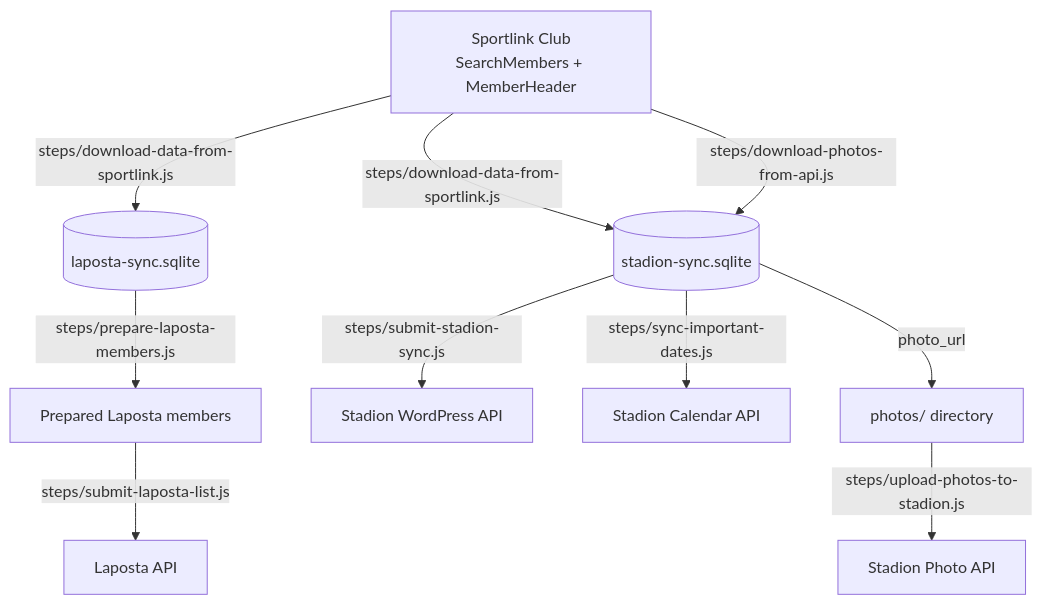
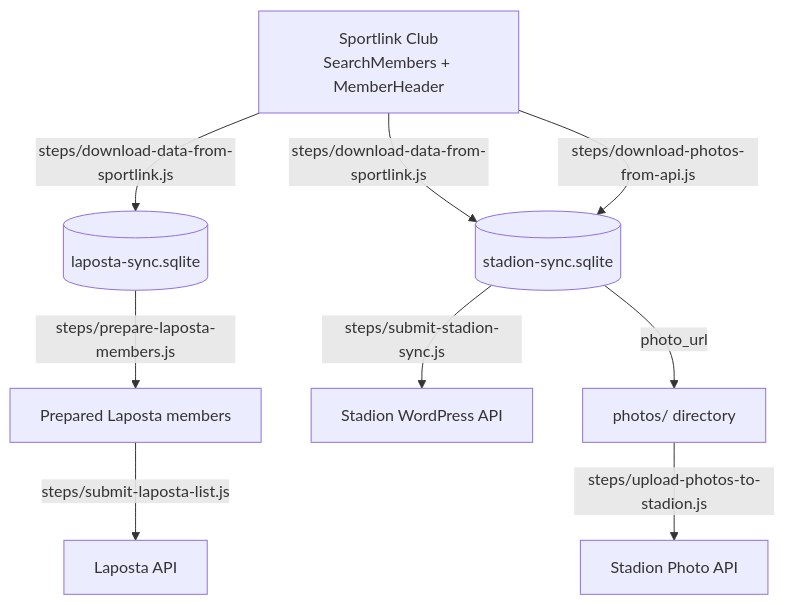
The second of 8 diagrams in docs/sync-architecture.md (jdevalk/sportlink-sync), drawn with Mermaid before and after one commit. The commit also changed other lines of this file and 9 other files, not shown here.

````diff
--- a/docs/sync-architecture.md
+++ b/docs/sync-architecture.md
@@ -116,20 +116,18 @@
 ```mermaid
 graph TD
     SL[Sportlink Club<br>SearchMembers + MemberHeader]
     DB1[(laposta-sync.sqlite)]
     DB2[(stadion-sync.sqlite)]
     LP[Laposta API]
     ST[Stadion WordPress API]
-    CAL[Stadion Calendar API]
     PH[Stadion Photo API]
 
     SL -->|steps/download-data-from-sportlink.js| DB1
     SL -->|steps/download-data-from-sportlink.js| DB2
     DB1 -->|steps/prepare-laposta-members.js| LP_PREP[Prepared Laposta members]
     LP_PREP -->|steps/submit-laposta-list.js| LP
     DB2 -->|steps/submit-stadion-sync.js| ST
-    DB2 -->|steps/sync-important-dates.js| CAL
     SL -->|steps/download-photos-from-api.js| DB2
     DB2 -->|photo_url| PHOTOS[photos/ directory]
     PHOTOS -->|steps/upload-photos-to-stadion.js| PH
 ```
````
